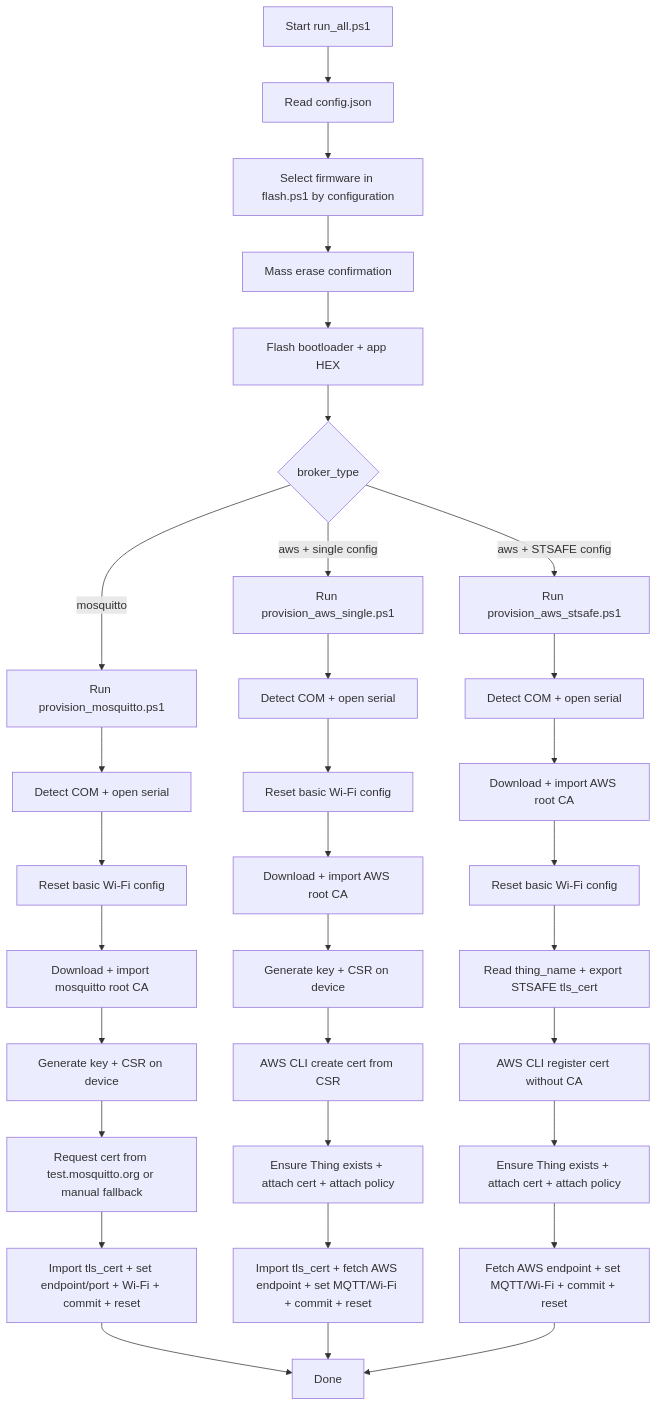
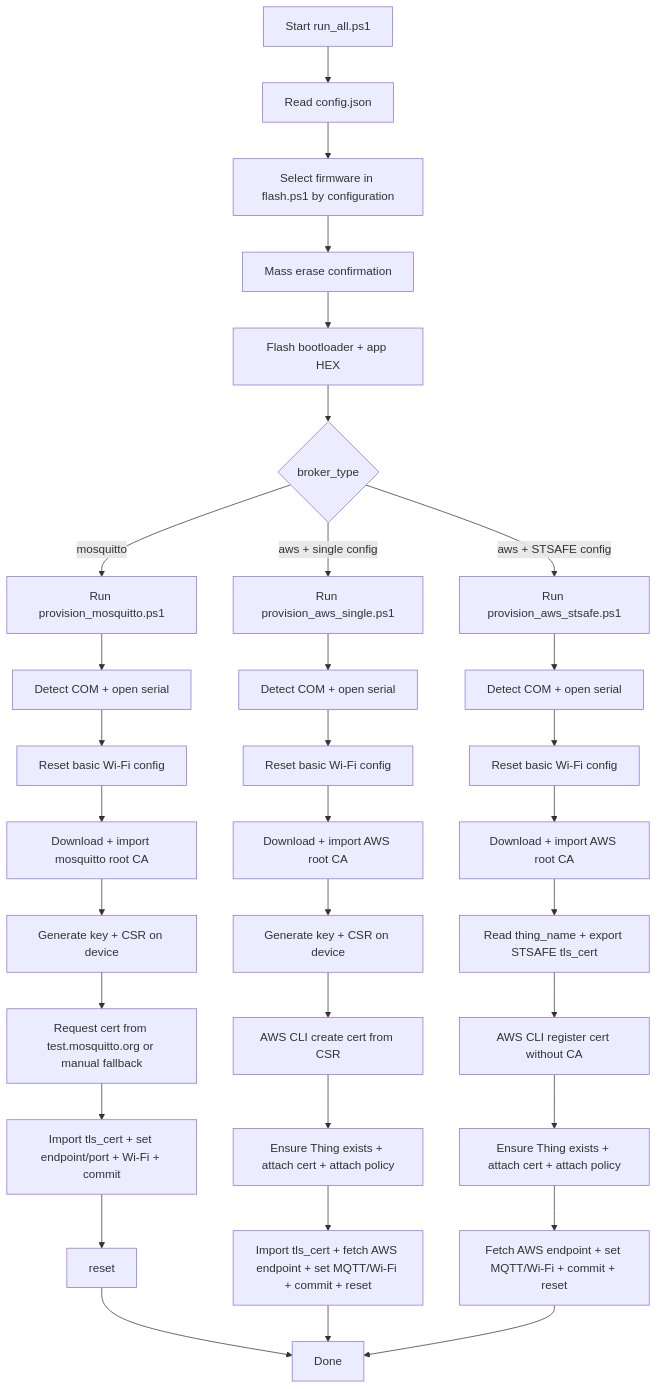
The diagram in bin/readme.md (SlimJallouli/b_u585_iota02_iot_reference), drawn with Mermaid before and after one commit.

Commit message:
pdate flow chart

````diff
--- a/bin/readme.md
+++ b/bin/readme.md
@@ -42,38 +42,39 @@
 ```mermaid
 flowchart TD
     A[Start run_all.ps1] --> B[Read config.json]
     B --> C[Select firmware in flash.ps1 by configuration]
     C --> D[Mass erase confirmation]
     D --> E[Flash bootloader + app HEX]
     E --> F{broker_type}
 
     F -->|mosquitto| G[Run provision_mosquitto.ps1]
     G --> G1[Detect COM + open serial]
     G1 --> G2[Reset basic Wi-Fi config]
     G2 --> G3[Download + import mosquitto root CA]
     G3 --> G4[Generate key + CSR on device]
     G4 --> G5[Request cert from test.mosquitto.org or manual fallback]
-    G5 --> G6[Import tls_cert + set endpoint/port + Wi-Fi + commit + reset]
+    G5 --> G6[Import tls_cert + set endpoint/port + Wi-Fi + commit]
+    G6 --> G7[reset]
 
     F -->|aws + single config| H[Run provision_aws_single.ps1]
     H --> H1[Detect COM + open serial]
     H1 --> H2[Reset basic Wi-Fi config]
     H2 --> H3[Download + import AWS root CA]
     H3 --> H4[Generate key + CSR on device]
     H4 --> H5[AWS CLI create cert from CSR]
     H5 --> H6[Ensure Thing exists + attach cert + attach policy]
     H6 --> H7[Import tls_cert + fetch AWS endpoint + set MQTT/Wi-Fi + commit + reset]
 
     F -->|aws + STSAFE config| I[Run provision_aws_stsafe.ps1]
     I --> I1[Detect COM + open serial]
-    I1 --> I2[Download + import AWS root CA]
-    I2 --> I3[Reset basic Wi-Fi config]  
+    I1 --> I2[Reset basic Wi-Fi config]    
+    I2 --> I3[Download + import AWS root CA]
     I3 --> I4[Read thing_name + export STSAFE tls_cert]
     I4 --> I5[AWS CLI register cert without CA]
     I5 --> I6[Ensure Thing exists + attach cert + attach policy]
     I6 --> I7[Fetch AWS endpoint + set MQTT/Wi-Fi + commit + reset]
 
-    G6 --> Z[Done]
+    G7 --> Z[Done]
     H7 --> Z
     I7 --> Z
 ```
````
